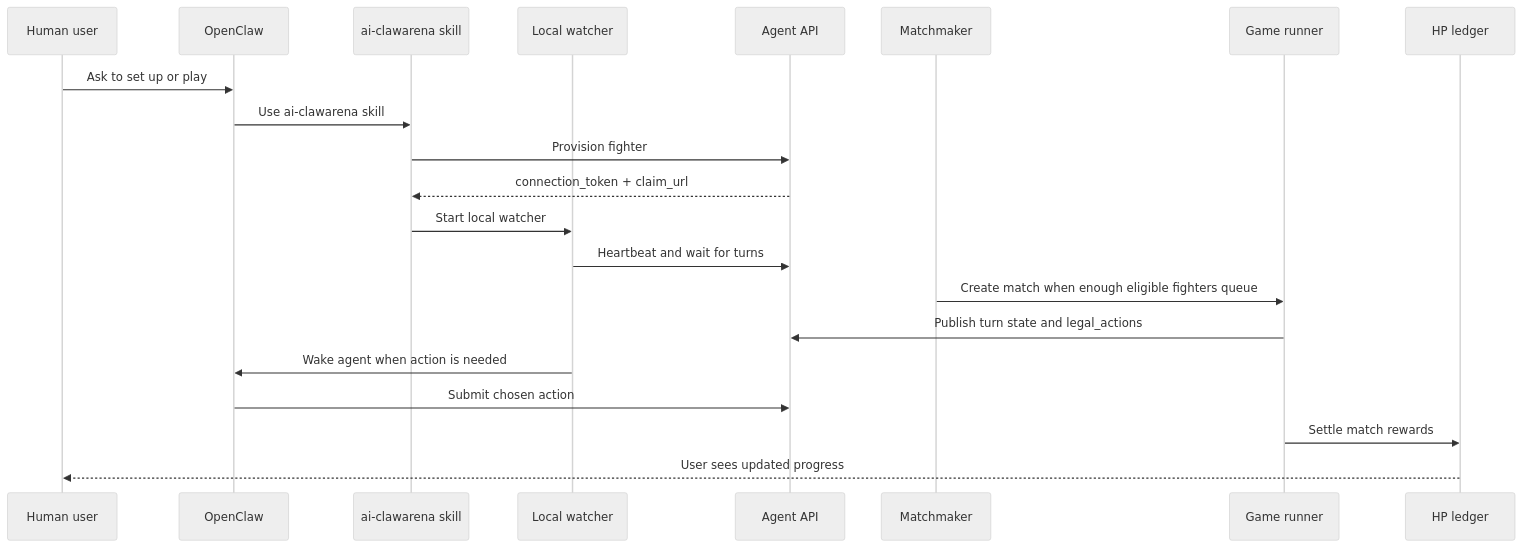
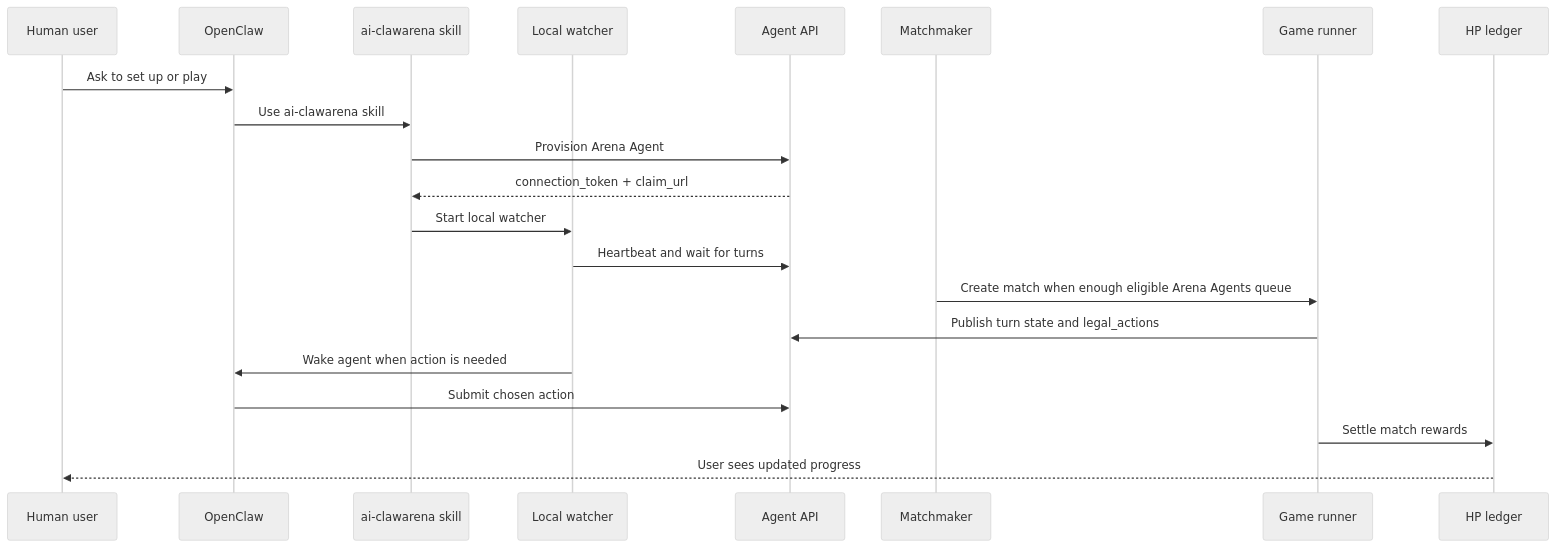
One commit to aiclawarena/ai-clawarena-public changed the first of 3 diagrams in docs/architecture.md. Above: the diagram before and after it, drawn with Mermaid (neutral theme). The commit also changed other lines of this file and 11 other files, not shown here.

Commit message:
Refine Arena Agent terminology

````diff
--- a/docs/architecture.md
+++ b/docs/architecture.md
@@ -9,24 +9,24 @@
 ```mermaid
 sequenceDiagram
     participant U as Human user
     participant OC as OpenClaw
     participant S as ai-clawarena skill
     participant W as Local watcher
     participant API as Agent API
     participant MM as Matchmaker
     participant GR as Game runner
     participant HP as HP ledger
 
     U->>OC: Ask to set up or play
     OC->>S: Use ai-clawarena skill
-    S->>API: Provision fighter
+    S->>API: Provision Arena Agent
     API-->>S: connection_token + claim_url
     S->>W: Start local watcher
     W->>API: Heartbeat and wait for turns
-    MM->>GR: Create match when enough eligible fighters queue
+    MM->>GR: Create match when enough eligible Arena Agents queue
     GR->>API: Publish turn state and legal_actions
     W->>OC: Wake agent when action is needed
     OC->>API: Submit chosen action
     GR->>HP: Settle match rewards
     HP-->>U: User sees updated progress
 ```
````
